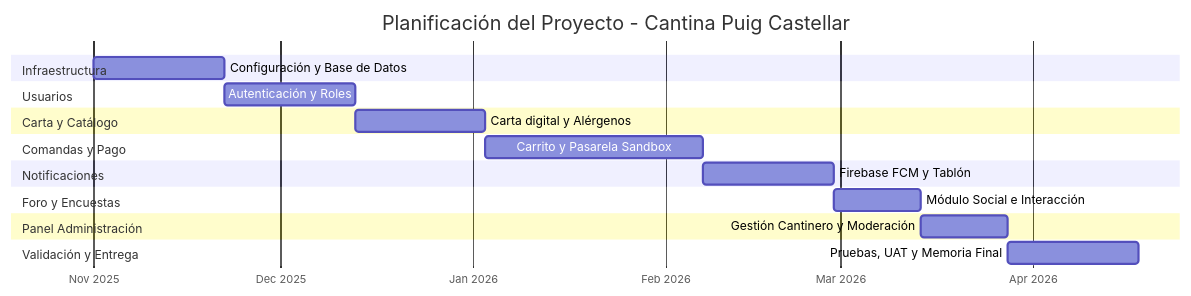
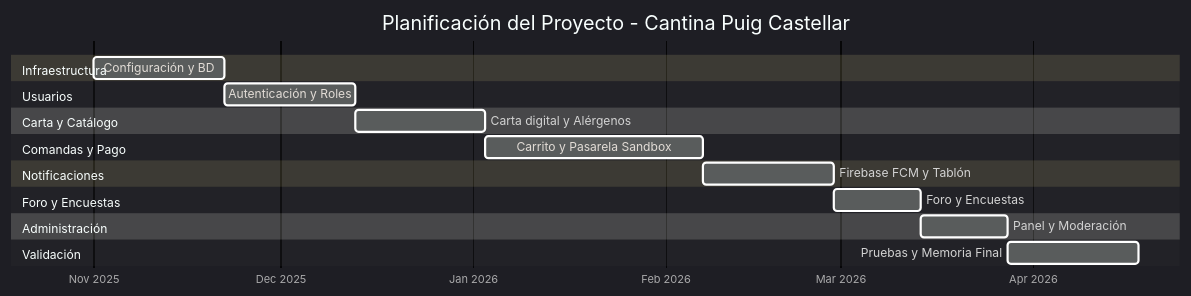
One commit to jmperez321/Cantinapp changed the diagram in docs/gant.mmd. Above: the diagram before and after it, drawn with Mermaid.

```diff
--- a/docs/gant.mmd
+++ b/docs/gant.mmd
@@ -1,27 +1,29 @@
+%%{init: {'theme': 'dark'}}%%
 gantt
-title Planificación del Proyecto - Cantina Puig Castellar
-dateFormat  YYYY-MM-DD
-axisFormat  %b %Y
+    title Planificación del Proyecto - Cantina Puig Castellar
+    dateFormat  YYYY-MM-DD
+    axisFormat  %b %Y
+
     section Infraestructura
-    Configuración y Base de Datos :b1, 2025-11-01, 21d
+        Configuración y BD            :b1, 2025-11-01, 21d
 
     section Usuarios
-    Autenticación y Roles         :b2, after b1, 21d
+        Autenticación y Roles         :b2, after b1, 21d
 
     section Carta y Catálogo
-    Carta digital y Alérgenos      :b3, after b2, 21d
+        Carta digital y Alérgenos     :b3, after b2, 21d
 
     section Comandas y Pago
-    Carrito y Pasarela Sandbox     :b4, after b3, 35d
+        Carrito y Pasarela Sandbox    :b4, after b3, 35d
 
     section Notificaciones
-    Firebase FCM y Tablón          :b5, after b4, 21d
+        Firebase FCM y Tablón         :b5, after b4, 21d
 
     section Foro y Encuestas
-    Módulo Social e Interacción   :b6, after b5, 14d
+        Foro y Encuestas              :b6, after b5, 14d
 
-    section Panel Administración
-    Gestión Cantinero y Moderación :b7, after b6, 14d
+    section Administración
+        Panel y Moderación            :b7, after b6, 14d
 
-    section Validación y Entrega
-    Pruebas, UAT y Memoria Final  :b8, after b7, 21d
+    section Validación
+        Pruebas y Memoria Final       :b8, after b7, 21d
```
